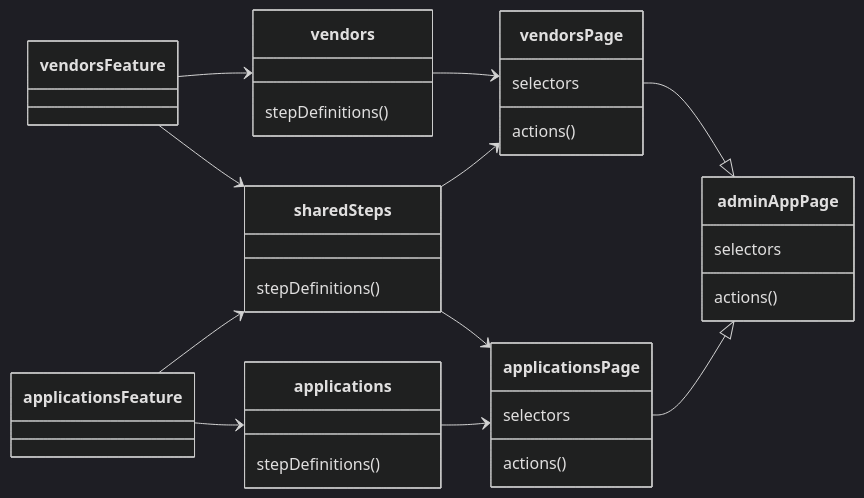
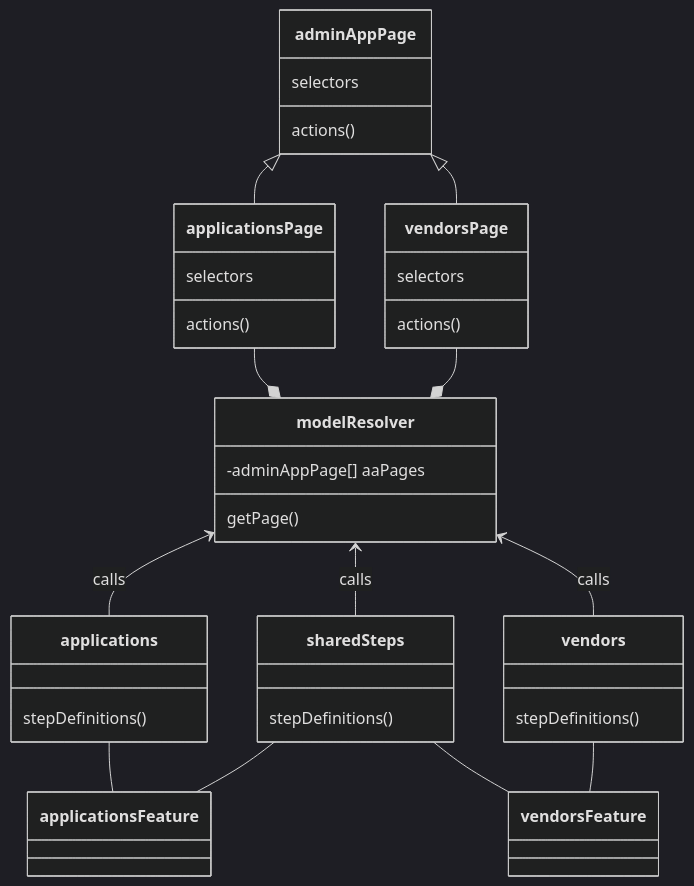
Before and after one commit to Ed-Fi-Alliance-OSS/Ed-Fi-ODS-AdminApp: the diagram in Application/EdFi.Ods.AdminApp.E2E.Tests/ARCHITECTURE.md, drawn with Mermaid (dark theme). The commit also changed 1 other file, not shown here.

Commit message:
[AA-1530] Update diagram to add modelResolver

````diff
--- a/Application/EdFi.Ods.AdminApp.E2E.Tests/ARCHITECTURE.md
+++ b/Application/EdFi.Ods.AdminApp.E2E.Tests/ARCHITECTURE.md
@@ -46,29 +46,34 @@
 ```mermaid 
 classDiagram
-  direction RL
+  
   adminAppPage <|-- vendorsPage
   adminAppPage <|-- applicationsPage
+
+  vendorsPage --* modelResolver
+  applicationsPage --* modelResolver
   
-  applicationsPage <-- applications
-  vendorsPage <-- vendors
+  modelResolver <-- applications: calls
+  modelResolver <-- vendors: calls
+  modelResolver <-- sharedSteps: calls
   
-  sharedSteps <-- applicationsFeature
-  vendors <-- vendorsFeature
-  sharedSteps <-- vendorsFeature
-  applications <-- applicationsFeature
+  sharedSteps -- applicationsFeature
+  vendors -- vendorsFeature
+  sharedSteps -- vendorsFeature
+  applications -- applicationsFeature
 
-  vendorsPage <-- sharedSteps
-  applicationsPage <-- sharedSteps
+
+  modelResolver: -adminAppPage[] aaPages
+  modelResolver: getPage()
   
   adminAppPage: selectors
   applicationsPage: selectors
   vendorsPage: selectors
   
   adminAppPage: actions()
   applicationsPage: actions()
   vendorsPage: actions()
   
   vendors: stepDefinitions()
   sharedSteps: stepDefinitions()
   applications: stepDefinitions()
 ```
````
